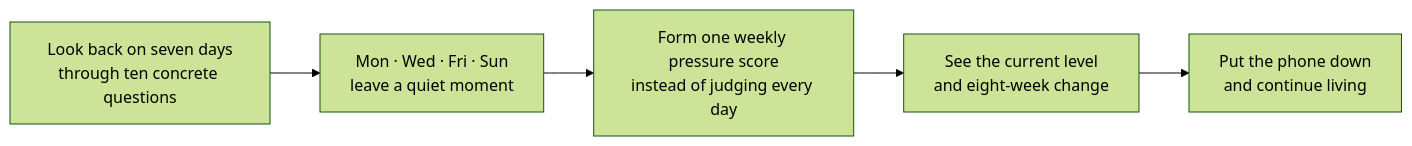
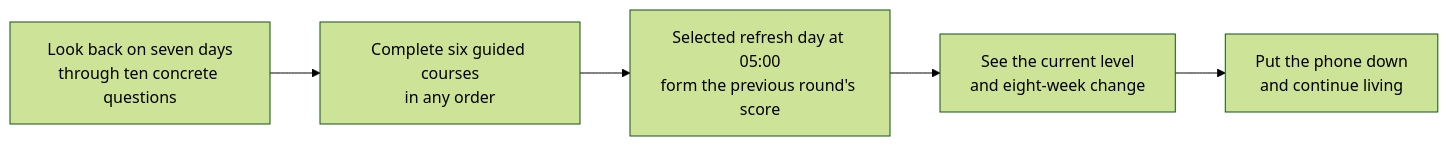
Before and after one commit to howyoungchen/NeuroTrack: the diagram in README.md, drawn with Mermaid (forest theme). The commit also changed other lines of this file and 42 other files, not shown here.

Commit message:
Add guided weekly mindfulness rounds

````diff
--- a/README.md
+++ b/README.md
@@ -62,7 +62,7 @@
 ```mermaid
 flowchart LR
-    A["Look back on seven days<br/>through ten concrete questions"] --> B["Mon · Wed · Fri · Sun<br/>leave a quiet moment"]
-    B --> C["Form one weekly pressure score<br/>instead of judging every day"]
+    A["Look back on seven days<br/>through ten concrete questions"] --> B["Complete six guided courses<br/>in any order"]
+    B --> C["Selected refresh day at 05:00<br/>form the previous round's score"]
     C --> D["See the current level<br/>and eight-week change"]
     D --> E["Put the phone down<br/>and continue living"]
 ```
````
